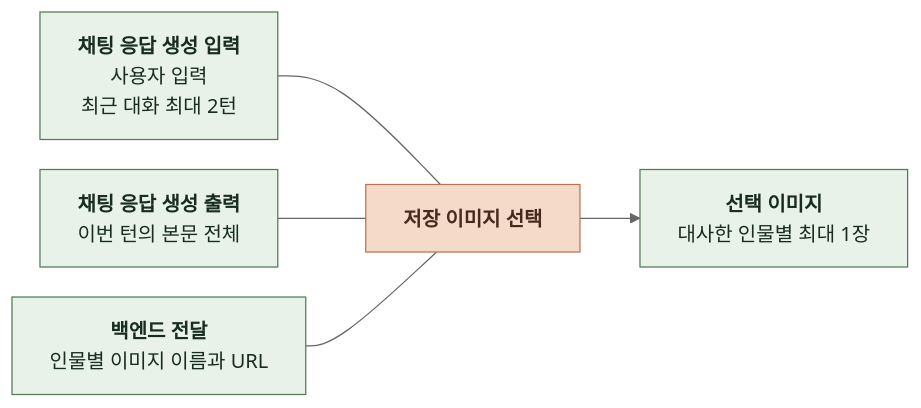
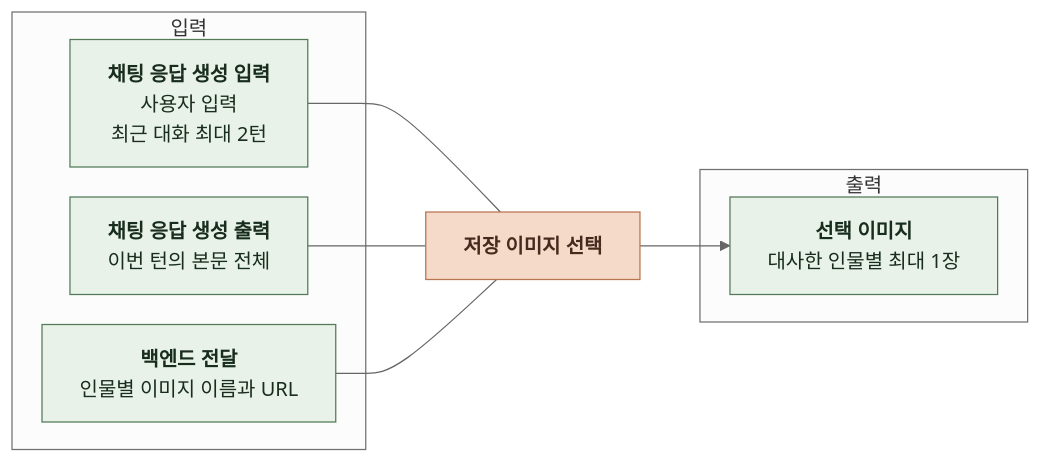
The fifth of 6 diagrams in docs/domain/CHAT/AI/3-TASK-DEFINITION.md (KIM-N-KANG/knk-harness), drawn with Mermaid (neutral theme) before and after one commit. The commit also changed other lines of this file and 11 other files, not shown here.

````diff
--- a/docs/domain/CHAT/AI/3-TASK-DEFINITION.md
+++ b/docs/domain/CHAT/AI/3-TASK-DEFINITION.md
@@ -185,13 +185,22 @@
 ```mermaid
 %%{init: {"flowchart": {"curve": "basis", "htmlLabels": true, "nodeSpacing": 24, "rankSpacing": 48}}}%%
 flowchart LR
-    I1["<b>채팅 응답 생성 입력</b><br/>사용자 입력<br/>최근 대화 최대 2턴"] --- T["<b>저장 이미지 선택</b>"]
-    I2["<b>채팅 응답 생성 출력</b><br/>이번 턴의 본문 전체"] --- T
-    I3["<b>백엔드 전달</b><br/>인물별 이미지 이름과 URL"] --- T
-    T --> O["<b>선택 이미지</b><br/>대사한 인물별 최대 1장"]
+    subgraph IN["입력"]
+        I1["<b>채팅 응답 생성 입력</b><br/>사용자 입력<br/>최근 대화 최대 2턴"]
+        I2["<b>채팅 응답 생성 출력</b><br/>이번 턴의 본문 전체"]
+        I3["<b>백엔드 전달</b><br/>인물별 이미지 이름과 URL"]
+    end
+    T["<b>저장 이미지 선택</b>"]
+    subgraph OUT["출력"]
+        O["<b>선택 이미지</b><br/>대사한 인물별 최대 1장"]
+    end
+    I1 --- T
+    I2 --- T
+    I3 --- T
+    T --> O
     class I1,I2,I3,O data
     class T task
     classDef data fill:#E8F2E8,stroke:#527A59,color:#182D1D
     classDef task fill:#F5D9C9,stroke:#B97450,color:#452B1D
     classDef code fill:#F4F6F4,stroke:#9BA99E,color:#253C2C
 ```
````
